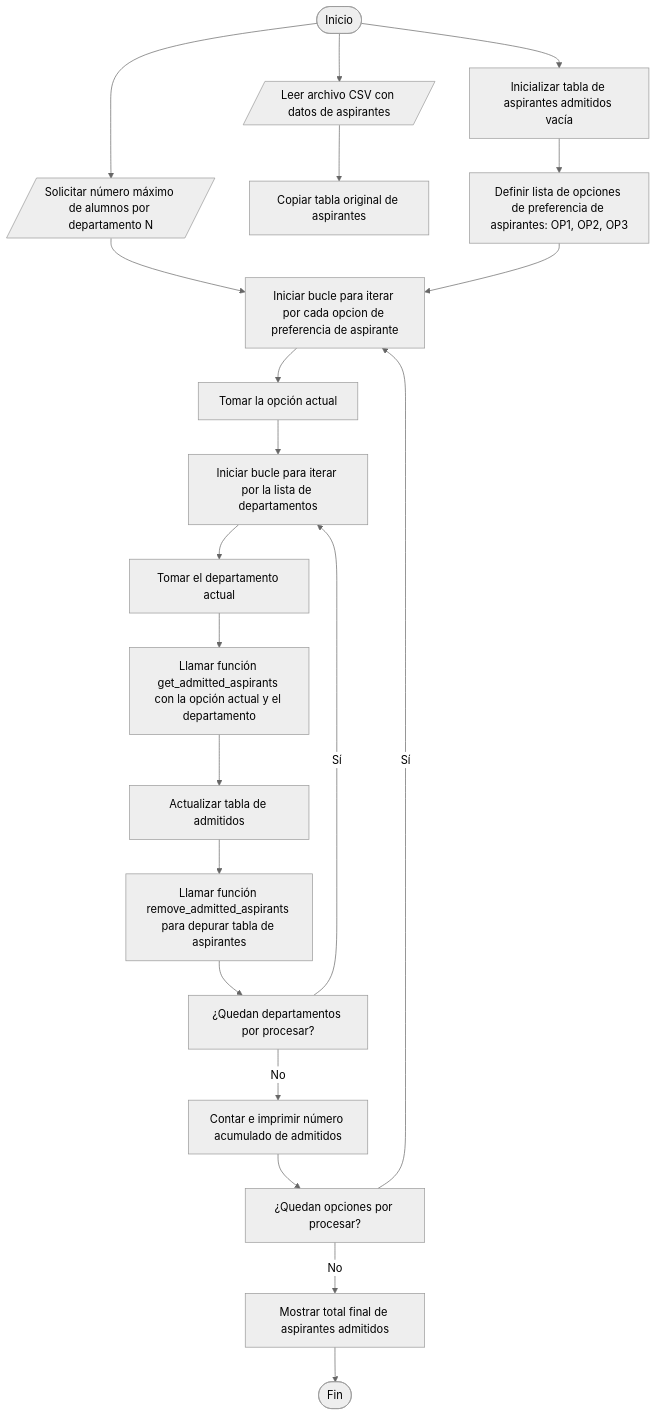
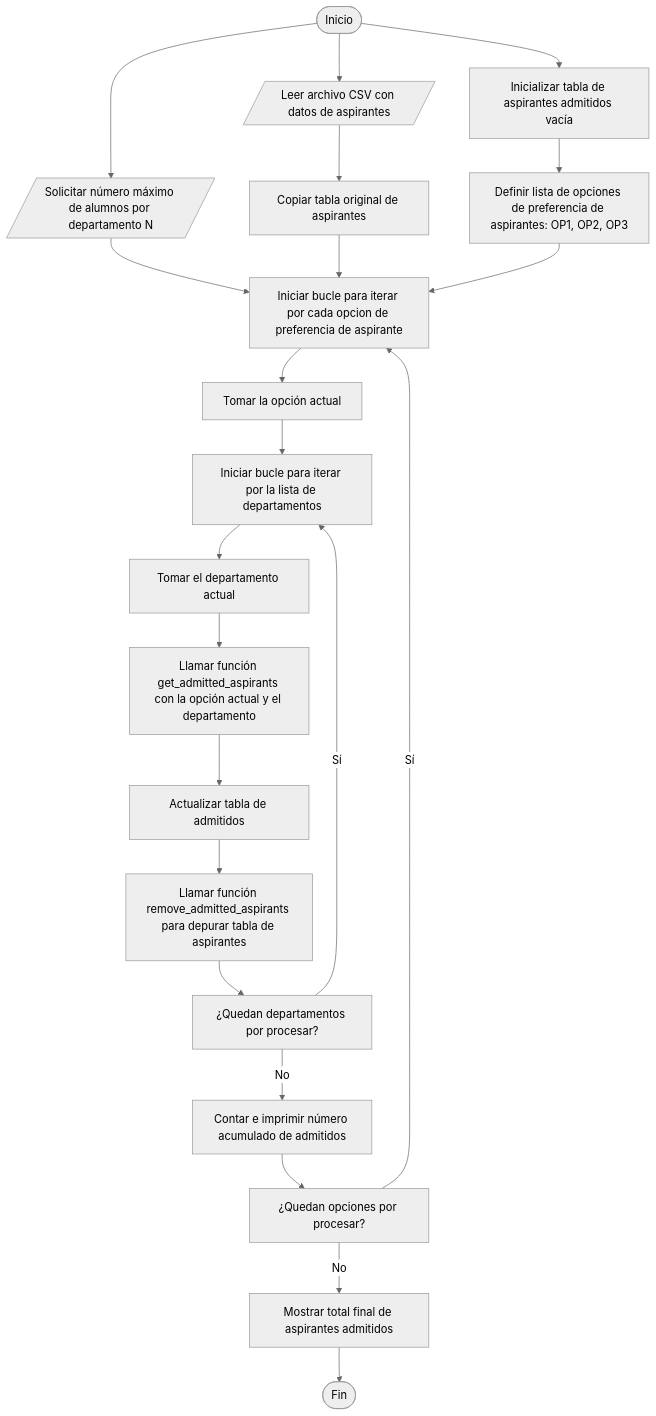
Before and after one commit to vshalisko/PythonIntro: the diagram in Unidad_3/Proyecto_3_algoritmo.mermaid, drawn with Mermaid (neutral theme).

```diff
--- a/Unidad_3/Proyecto_3_algoritmo.mermaid
+++ b/Unidad_3/Proyecto_3_algoritmo.mermaid
@@ -1,22 +1,23 @@
 flowchart TD
 
 A([Inicio]) --> B[/Leer archivo CSV con datos de aspirantes/]
 A --> C[/Solicitar número máximo de alumnos por departamento N/]
 A --> D[Inicializar tabla de aspirantes admitidos vacía]
 B --> E[Copiar tabla original de aspirantes]
 D --> F[Definir lista de opciones de preferencia de aspirantes: OP1, OP2, OP3]
 C --> G
+E --> G
 F --> G[Iniciar bucle para iterar por cada opcion de preferencia de aspirante]
 G --> H[Tomar la opción actual]
 H --> I[Iniciar bucle para iterar por la lista de departamentos]
 I --> J[Tomar el departamento actual]
 J --> K[Llamar función get_admitted_aspirants con la opción actual y el departamento]
 K --> L[Actualizar tabla de admitidos]
 L --> M[Llamar función remove_admitted_aspirants para depurar tabla de aspirantes]
 M --> N[¿Quedan departamentos por procesar?]
 N -- Sí --> I
 N -- No --> O[Contar e imprimir número acumulado de admitidos]
 O --> P[¿Quedan opciones por procesar?]
 P -- Sí --> G
 P -- No --> Q[Mostrar total final de aspirantes admitidos]
 Q --> R([Fin])
```
